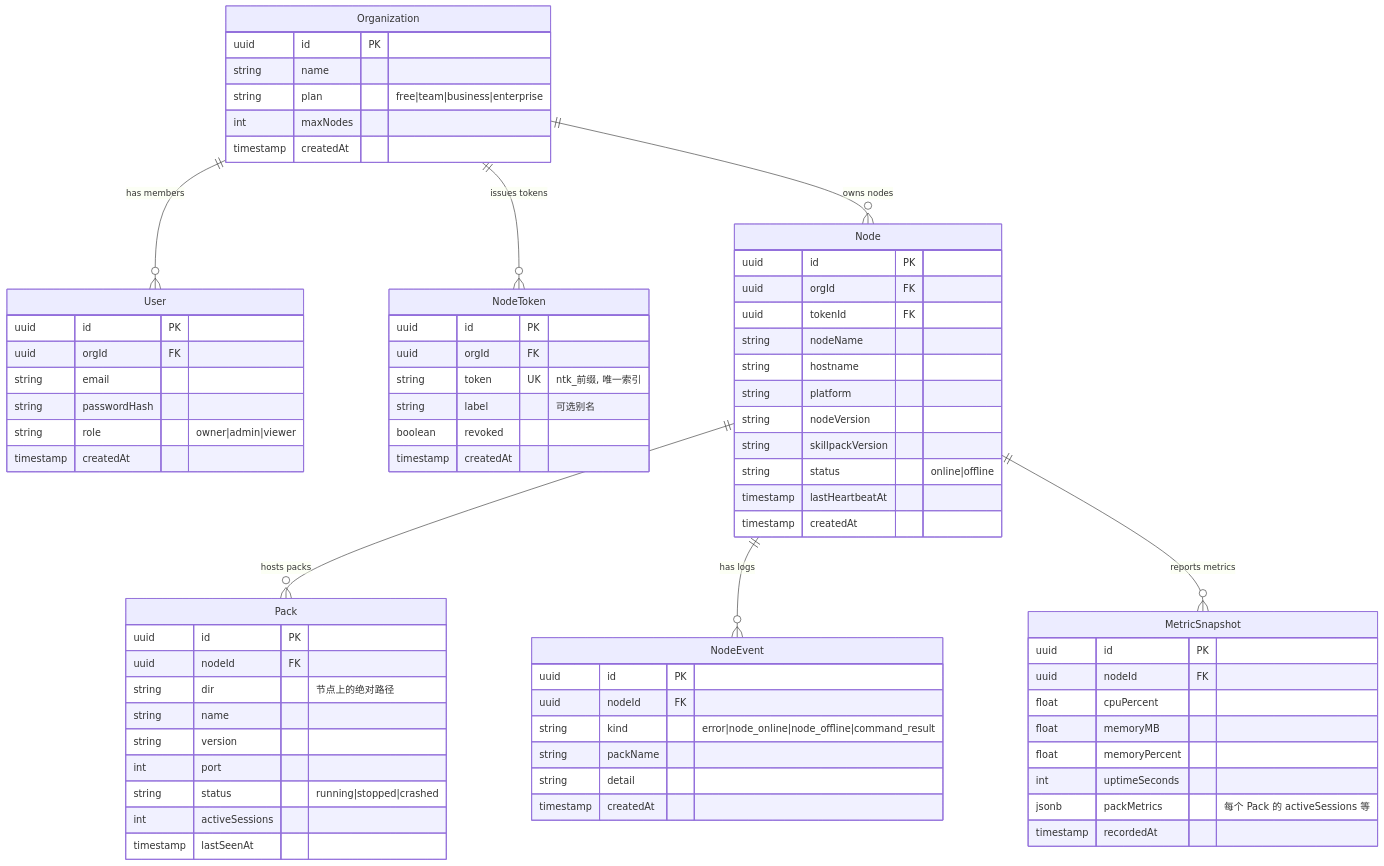
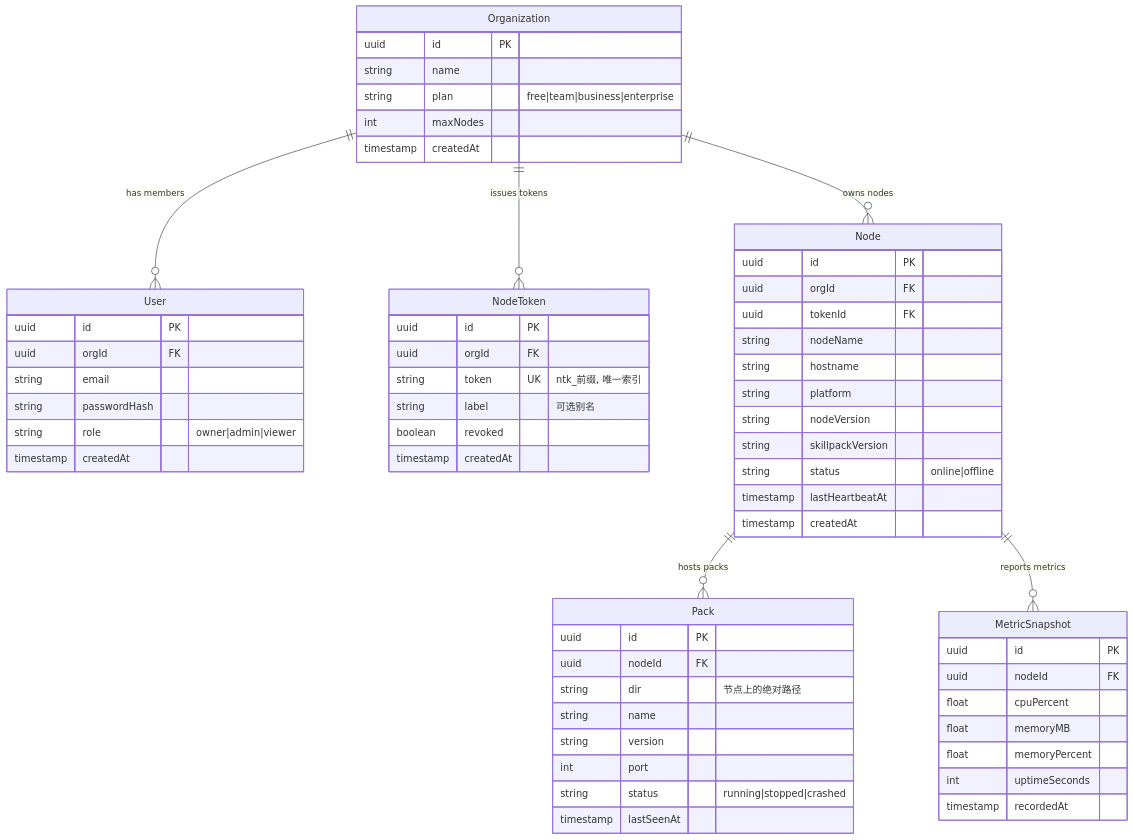
Before and after one commit to CreminiAI/skillpack: the first of 5 diagrams in docs/todo/enterprise_dashboard_plan.md, drawn with Mermaid. The commit also changed other lines of this file and 3 other files, not shown here.

````diff
--- a/docs/todo/enterprise_dashboard_plan.md
+++ b/docs/todo/enterprise_dashboard_plan.md
@@ -58,81 +58,70 @@
 ```mermaid
 erDiagram
     Organization ||--o{ User : "has members"
     Organization ||--o{ NodeToken : "issues tokens"
     Organization ||--o{ Node : "owns nodes"
     Node ||--o{ Pack : "hosts packs"
-    Node ||--o{ NodeEvent : "has logs"
     Node ||--o{ MetricSnapshot : "reports metrics"
 
     Organization {
         uuid id PK
         string name
         string plan "free|team|business|enterprise"
         int maxNodes
         timestamp createdAt
     }
 
     User {
         uuid id PK
         uuid orgId FK
         string email
         string passwordHash
         string role "owner|admin|viewer"
         timestamp createdAt
     }
 
     NodeToken {
         uuid id PK
         uuid orgId FK
         string token UK "ntk_前缀, 唯一索引"
         string label "可选别名"
         boolean revoked
         timestamp createdAt
     }
 
     Node {
         uuid id PK
         uuid orgId FK
         uuid tokenId FK
         string nodeName
         string hostname
         string platform
         string nodeVersion
         string skillpackVersion
         string status "online|offline"
         timestamp lastHeartbeatAt
         timestamp createdAt
     }
 
     Pack {
         uuid id PK
         uuid nodeId FK
         string dir "节点上的绝对路径"
         string name
         string version
         int port
         string status "running|stopped|crashed"
-        int activeSessions
         timestamp lastSeenAt
     }
 
-    NodeEvent {
-        uuid id PK
-        uuid nodeId FK
-        string kind "error|node_online|node_offline|command_result"
-        string packName
-        string detail
-        timestamp createdAt
-    }
 
     MetricSnapshot {
         uuid id PK
         uuid nodeId FK
         float cpuPercent
         float memoryMB
         float memoryPercent
         int uptimeSeconds
-        jsonb packMetrics "每个 Pack 的 activeSessions 等"
         timestamp recordedAt
     }
 ```
````
